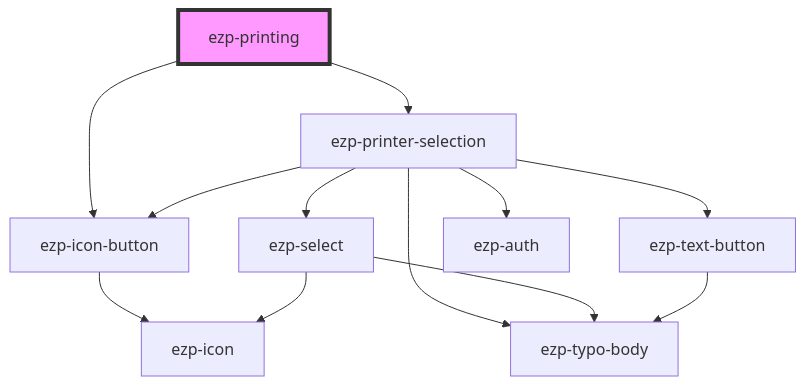
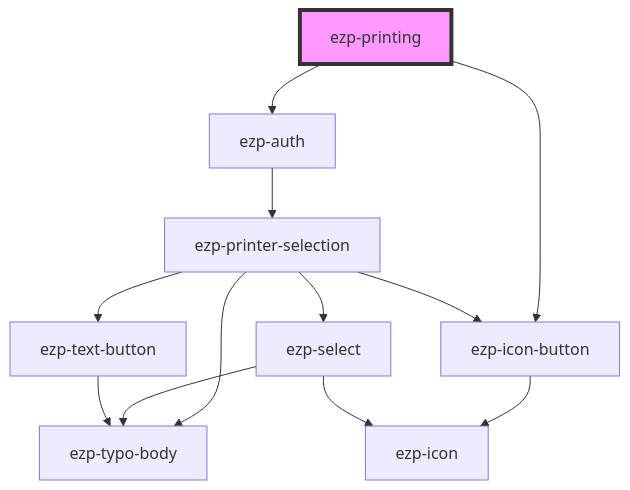
The diagram in src/components/ezp-printing/readme.md (ezeep/ezeep-js), drawn with Mermaid before and after one commit. The commit also changed other lines of this file and 22 other files, not shown here.

````diff
--- a/src/components/ezp-printing/readme.md
+++ b/src/components/ezp-printing/readme.md
@@ -48,15 +54,15 @@
 ```mermaid
 graph TD;
+  ezp-printing --> ezp-auth
   ezp-printing --> ezp-icon-button
-  ezp-printing --> ezp-printer-selection
-  ezp-icon-button --> ezp-icon
+  ezp-auth --> ezp-printer-selection
   ezp-printer-selection --> ezp-typo-body
   ezp-printer-selection --> ezp-icon-button
   ezp-printer-selection --> ezp-select
   ezp-printer-selection --> ezp-text-button
-  ezp-printer-selection --> ezp-auth
+  ezp-icon-button --> ezp-icon
   ezp-select --> ezp-icon
   ezp-select --> ezp-typo-body
   ezp-text-button --> ezp-typo-body
   style ezp-printing fill:#f9f,stroke:#333,stroke-width:4px
 ```
````
